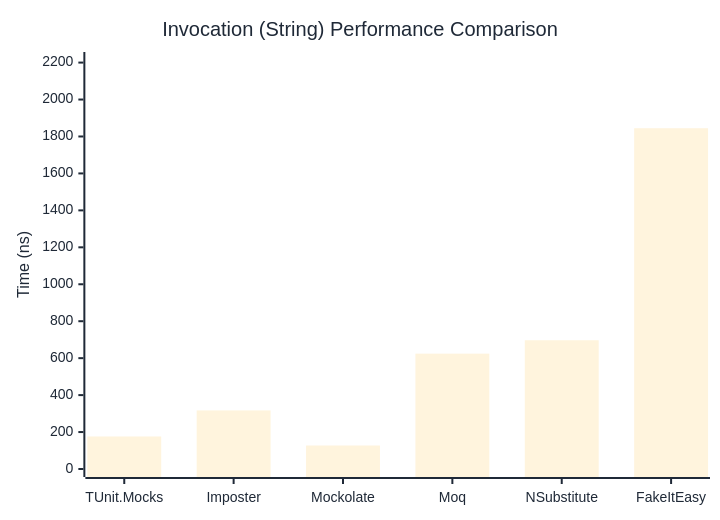
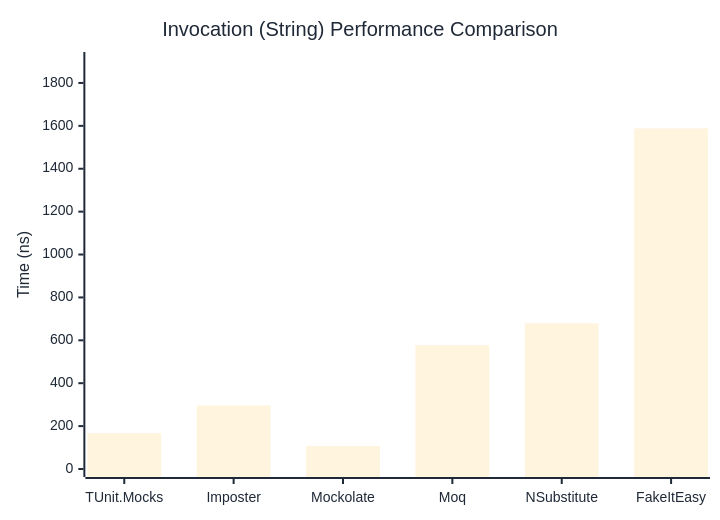
Before and after one commit to thomhurst/TUnit: the second of 3 diagrams in docs/docs/benchmarks/mocks/Invocation.md, drawn with Mermaid. The commit also changed other lines of this file and 14 other files, not shown here.

````diff
--- a/docs/docs/benchmarks/mocks/Invocation.md
+++ b/docs/docs/benchmarks/mocks/Invocation.md
@@ -71,27 +71,27 @@
 ```mermaid
 %%{init: {
   'theme':'base',
   'themeVariables': {
     'primaryColor': '#2563eb',
     'primaryTextColor': '#1f2937',
     'primaryBorderColor': '#1e40af',
     'lineColor': '#6b7280',
     'secondaryColor': '#7c3aed',
     'tertiaryColor': '#dc2626',
     'background': '#ffffff',
     'pie1': '#2563eb',
     'pie2': '#7c3aed',
     'pie3': '#dc2626',
     'pie4': '#f59e0b',
     'pie5': '#10b981',
     'pie6': '#06b6d4',
     'pie7': '#ec4899',
     'pie8': '#6366f1'
   }
 }}%%
 xychart-beta
   title "Invocation (String) Performance Comparison"
   x-axis ["TUnit.Mocks", "Imposter", "Mockolate", "Moq", "NSubstitute", "FakeItEasy"]
-  y-axis "Time (ns)" 0 --> 2214
-  bar [176, 317.1, 127.2, 624.4, 696.9, 1844.7]
+  y-axis "Time (ns)" 0 --> 1907
+  bar [166.8, 296, 106.9, 577.3, 679, 1588.5]
 ```
````
